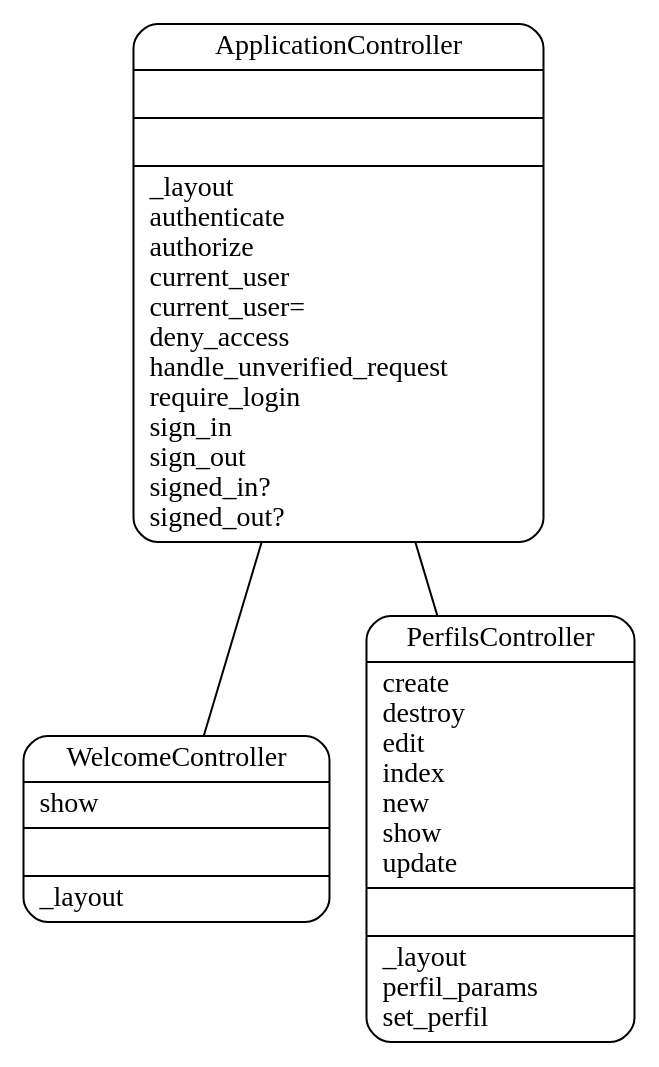
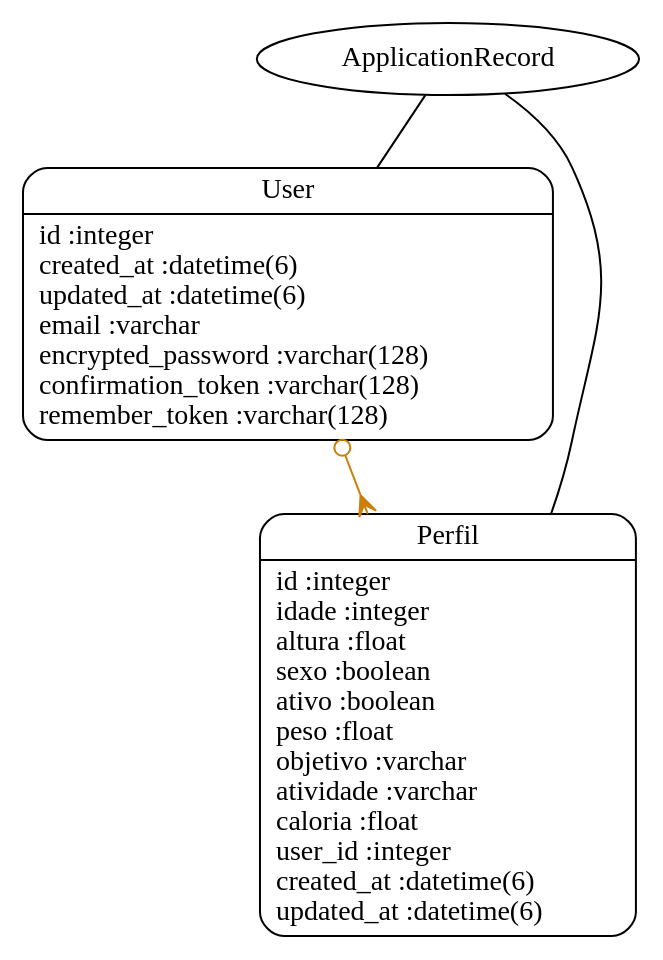
The diagram in full_models.dot (GuilhermeBraz/ProjectRails), drawn with Graphviz before and after one commit. The commit also changed 6 other files, not shown here.

Commit message:
adicionando a gem railroady e criando UML(provisório) das models e controllers

```diff
--- a/full_models.dot
+++ b/full_models.dot
@@ -1,8 +1,9 @@
-digraph controllers_diagram {
+digraph models_diagram {
 	graph[overlap=false, splines=true, bgcolor="none"]
-	"WelcomeController" [shape=Mrecord, label="{WelcomeController|show\l|\l|_layout\l}"]
-	"ApplicationController" [shape=Mrecord, label="{ApplicationController|\l|\l|_layout\lauthenticate\lauthorize\lcurrent_user\lcurrent_user=\ldeny_access\lhandle_unverified_request\lrequire_login\lsign_in\lsign_out\lsigned_in?\lsigned_out?\l}"]
-	"PerfilsController" [shape=Mrecord, label="{PerfilsController|create\ldestroy\ledit\lindex\lnew\lshow\lupdate\l|\l|_layout\lperfil_params\lset_perfil\l}"]
-	"ApplicationController" -> "WelcomeController" [label="", arrowhead="none", arrowtail="onormal"]
-	"ApplicationController" -> "PerfilsController" [label="", arrowhead="none", arrowtail="onormal"]
+	"ApplicationRecord" []
+	"User" [shape=Mrecord, label="{User|id :integer\lcreated_at :datetime(6)\lupdated_at :datetime(6)\lemail :varchar\lencrypted_password :varchar(128)\lconfirmation_token :varchar(128)\lremember_token :varchar(128)\l}"]
+	"Perfil" [shape=Mrecord, label="{Perfil|id :integer\lidade :integer\laltura :float\lsexo :boolean\lativo :boolean\lpeso :float\lobjetivo :varchar\latividade :varchar\lcaloria :float\luser_id :integer\lcreated_at :datetime(6)\lupdated_at :datetime(6)\l}"]
+	"User" -> "Perfil" [arrowtail=odot, arrowhead=crow, dir=both color="#CC7F09"]
+	"ApplicationRecord" -> "User" [label="", arrowhead="none", arrowtail="onormal"]
+	"ApplicationRecord" -> "Perfil" [label="", arrowhead="none", arrowtail="onormal"]
 }
```
